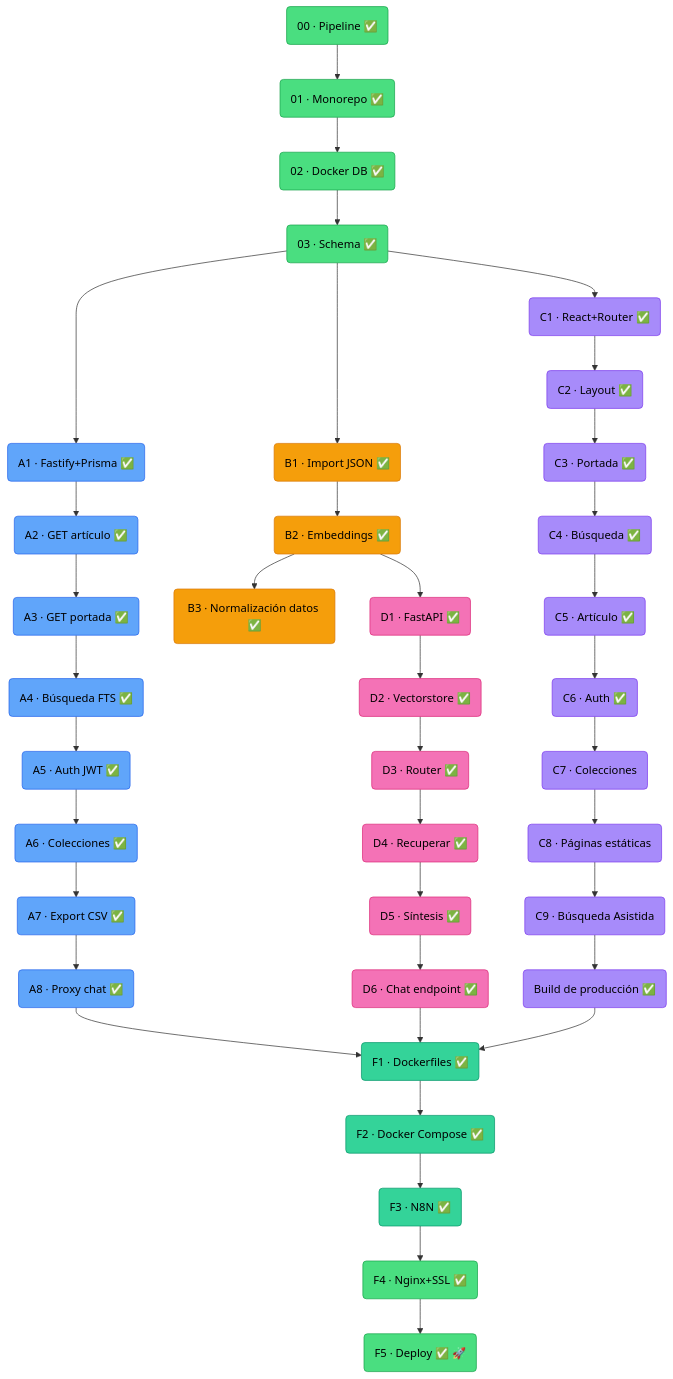
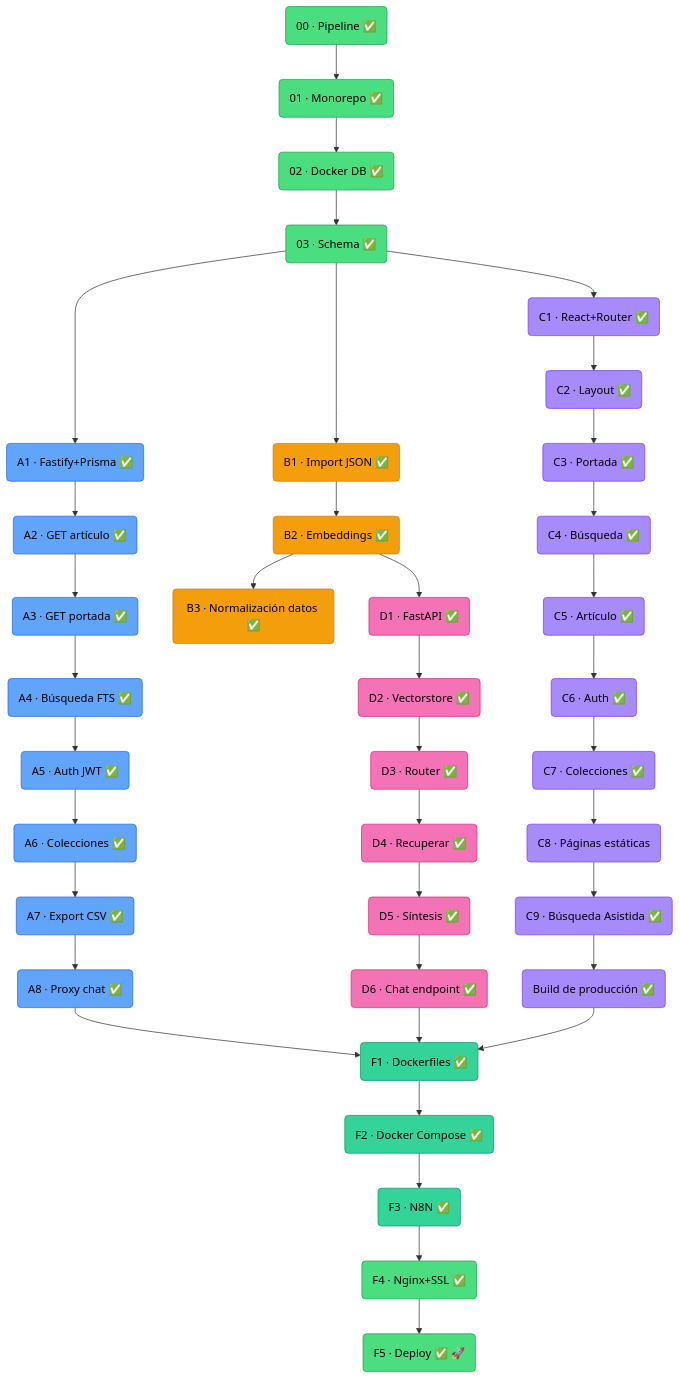
Before and after one commit to Daniel-kripta/Proyecto_Final_Full_Stack_-_Sansofe_WebApp: the diagram in README.md, drawn with Mermaid. The commit also changed 16 other files, not shown here.

````diff
--- a/README.md
+++ b/README.md
@@ -193,55 +193,55 @@
 ```mermaid
 graph TD
     P00("00 · Pipeline ✅"):::done --> P01("01 · Monorepo ✅"):::done
     P01 --> P02("02 · Docker DB ✅"):::done
     P02 --> P03("03 · Schema ✅"):::done
 
     P03 --> A1("A1 · Fastify+Prisma ✅"):::backend
     P03 --> B1("B1 · Import JSON ✅"):::data
     P03 --> C1("C1 · React+Router ✅"):::frontend
 
     A1 --> A2("A2 · GET artículo ✅"):::backend
     A2 --> A3("A3 · GET portada ✅"):::backend
     A3 --> A4("A4 · Búsqueda FTS ✅"):::backend
     A4 --> A5("A5 · Auth JWT ✅"):::backend
     A5 --> A6("A6 · Colecciones ✅"):::backend
     A6 --> A7("A7 · Export CSV ✅"):::backend
     A7 --> A8("A8 · Proxy chat ✅"):::backend
 
     B1 --> B2("B2 · Embeddings ✅"):::data
     B2 --> B3("B3 · Normalización datos ✅"):::data
 
     C1 --> C2("C2 · Layout ✅"):::frontend
     C2 --> C3("C3 · Portada ✅"):::frontend
     C3 --> C4("C4 · Búsqueda ✅"):::frontend
     C4 --> C5("C5 · Artículo ✅"):::frontend
     C5 --> C6("C6 · Auth ✅"):::frontend
-    C6 --> C7("C7 · Colecciones"):::frontend
+    C6 --> C7("C7 · Colecciones ✅"):::frontend
     C7 --> C8("C8 · Páginas estáticas"):::frontend
-    C8 --> C9("C9 · Búsqueda Asistida"):::frontend
+    C8 --> C9("C9 · Búsqueda Asistida ✅"):::frontend
     C9 --> BUILD("Build de producción ✅"):::frontend
 
     B2 --> D1("D1 · FastAPI ✅"):::ai
     D1 --> D2("D2 · Vectorstore ✅"):::ai
     D2 --> D3("D3 · Router ✅"):::ai
     D3 --> D4("D4 · Recuperar ✅"):::ai
     D4 --> D5("D5 · Síntesis ✅"):::ai
     D5 --> D6("D6 · Chat endpoint ✅"):::ai
 
     A8 --> F1("F1 · Dockerfiles ✅"):::deploy
     BUILD --> F1
     D6 --> F1
 
     F1 --> F2("F2 · Docker Compose ✅"):::deploy
     F2 --> F3("F3 · N8N ✅"):::deploy
     F3 --> F4("F4 · Nginx+SSL ✅"):::done
     F4 --> F5("F5 · Deploy ✅ 🚀"):::done
 
     classDef done fill:#4ade80,stroke:#16a34a,color:#000
     classDef setup fill:#94a3b8,stroke:#475569,color:#000
     classDef backend fill:#60a5fa,stroke:#2563eb,color:#000
     classDef data fill:#f59e0b,stroke:#d97706,color:#000
     classDef frontend fill:#a78bfa,stroke:#7c3aed,color:#000
     classDef ai fill:#f472b6,stroke:#db2777,color:#000
     classDef deploy fill:#34d399,stroke:#059669,color:#000
 ```
````
